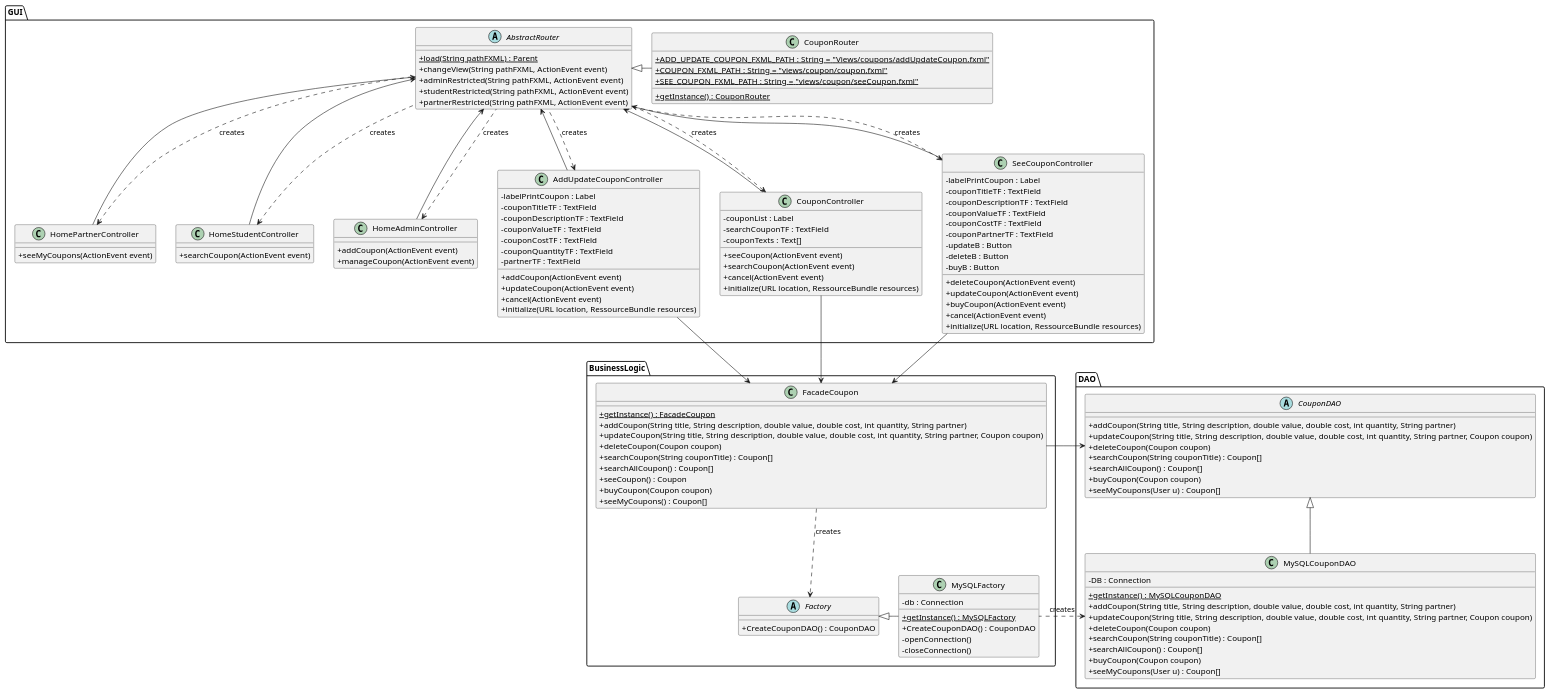
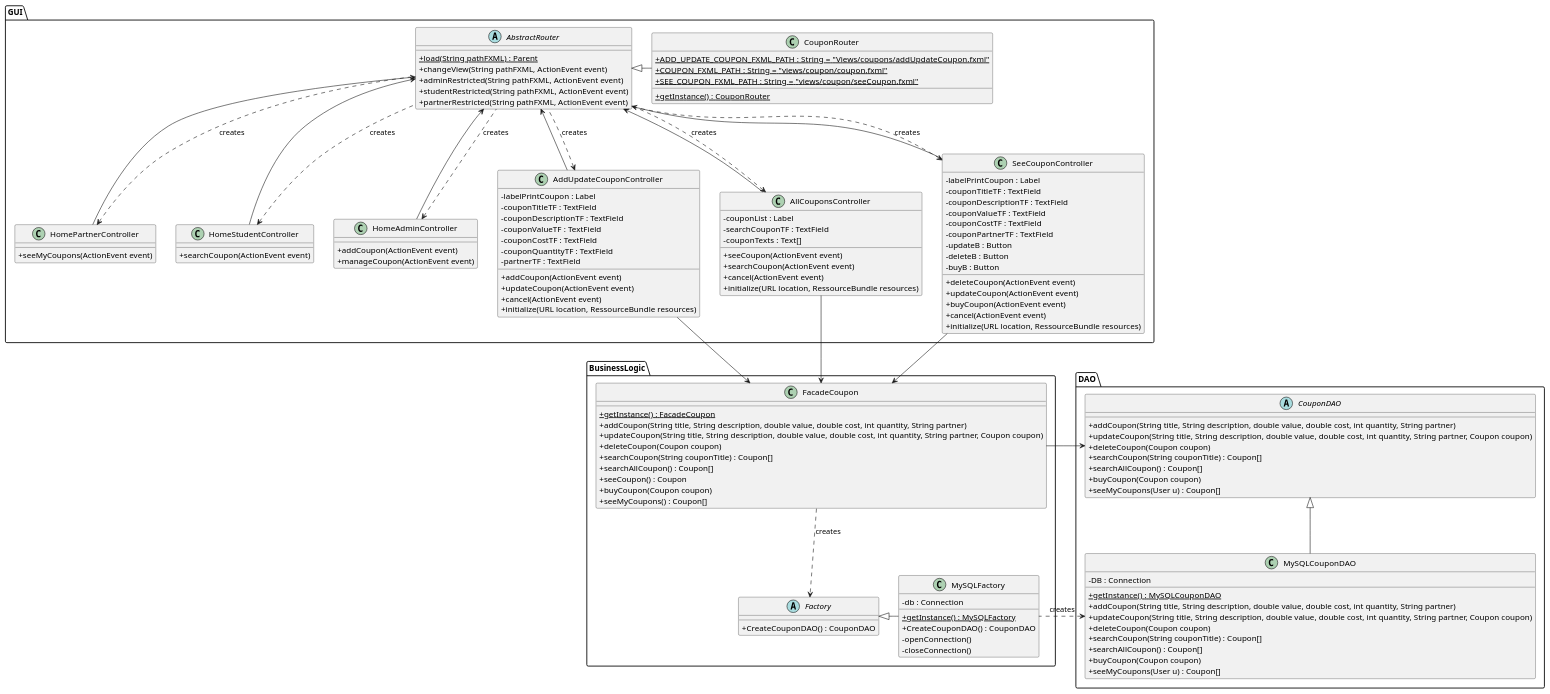
One commit to guiguie34/StudEasy changed the diagram in project_diagrams/classDiagrams/couponManagement.puml. Above: the diagram before and after it, drawn with PlantUML.

```diff
--- a/project_diagrams/classDiagrams/couponManagement.puml
+++ b/project_diagrams/classDiagrams/couponManagement.puml
@@ -1,165 +1,165 @@
 @startuml
 skinparam classAttributeIconSize 0
 
 package GUI{
     abstract class AbstractRouter{
         + {static} load(String pathFXML) : Parent
         + changeView(String pathFXML, ActionEvent event)
         + adminRestricted(String pathFXML, ActionEvent event)
         + studentRestricted(String pathFXML, ActionEvent event)
         + partnerRestricted(String pathFXML, ActionEvent event)
 
     }
 
     class CouponRouter{
         + {static} ADD_UPDATE_COUPON_FXML_PATH : String = "Views/coupons/addUpdateCoupon.fxml"
         + {static} COUPON_FXML_PATH : String = "views/coupon/coupon.fxml"
         + {static} SEE_COUPON_FXML_PATH : String = "views/coupon/seeCoupon.fxml"
         + {static} getInstance() : CouponRouter
     }
 
     class HomePartnerController{
         + seeMyCoupons(ActionEvent event)
     }
 
     class HomeStudentController{
         + searchCoupon(ActionEvent event)
     }
 
     class HomeAdminController{
         + addCoupon(ActionEvent event)
         + manageCoupon(ActionEvent event)
 
     }
 
     class AddUpdateCouponController{
          - labelPrintCoupon : Label
          - couponTitleTF : TextField
          - couponDescriptionTF : TextField
          - couponValueTF : TextField
          - couponCostTF : TextField
          - couponQuantityTF : TextField
          - partnerTF : TextField
          + addCoupon(ActionEvent event)
          + updateCoupon(ActionEvent event)
          + cancel(ActionEvent event)
          + initialize(URL location, RessourceBundle resources)
     }
 
-    class CouponController{
+    class AllCouponsController{
 
          - couponList : Label
          - searchCouponTF : TextField
          - couponTexts : Text[]
          + seeCoupon(ActionEvent event)
          + searchCoupon(ActionEvent event)
          + cancel(ActionEvent event)
          + initialize(URL location, RessourceBundle resources)
 
     }
 
     class SeeCouponController{
         - labelPrintCoupon : Label
         - couponTitleTF : TextField
         - couponDescriptionTF : TextField
         - couponValueTF : TextField
         - couponCostTF : TextField
         - couponPartnerTF : TextField
         - updateB : Button
         - deleteB : Button
         - buyB : Button
         + deleteCoupon(ActionEvent event)
         + updateCoupon(ActionEvent event)
         + buyCoupon(ActionEvent event)
         + cancel(ActionEvent event)
         + initialize(URL location, RessourceBundle resources)
     }
 
         AbstractRouter <|-right- CouponRouter
 
         AbstractRouter <-- HomePartnerController
         AbstractRouter <-- HomeStudentController
         AbstractRouter <-- HomeAdminController
         AbstractRouter <-- AddUpdateCouponController
-        AbstractRouter <-- CouponController
+        AbstractRouter <-- AllCouponsController
         AbstractRouter <-- SeeCouponController
 
         HomePartnerController <.. AbstractRouter : creates
         HomeStudentController <.. AbstractRouter : creates
         HomeAdminController <.. AbstractRouter : creates
         AddUpdateCouponController <.. AbstractRouter : creates
         SeeCouponController <.. AbstractRouter : creates
-        CouponController <.. AbstractRouter : creates
+        AllCouponsController <.. AbstractRouter : creates
 }
 
 package BusinessLogic{
 
     class FacadeCoupon{
         + {static} getInstance() : FacadeCoupon
         + addCoupon(String title, String description, double value, double cost, int quantity, String partner)
         + updateCoupon(String title, String description, double value, double cost, int quantity, String partner, Coupon coupon)
         + deleteCoupon(Coupon coupon)
         + searchCoupon(String couponTitle) : Coupon[]
         + searchAllCoupon() : Coupon[]
         + seeCoupon() : Coupon
         + buyCoupon(Coupon coupon)
         + seeMyCoupons() : Coupon[]
 
     }
 
     abstract class Factory{
 
         + CreateCouponDAO() : CouponDAO
     }
 
     class MySQLFactory{
         - db : Connection
         + {static} getInstance() : MySQLFactory
         + CreateCouponDAO() : CouponDAO
         - openConnection()
         - closeConnection()
     }
 
 
     AddUpdateCouponController --> FacadeCoupon
-    CouponController --> FacadeCoupon
+    AllCouponsController --> FacadeCoupon
     SeeCouponController --> FacadeCoupon
 
     FacadeCoupon ..> Factory  : creates
     MySQLFactory -left-|> Factory
 }
 
 package DAO{
 
     abstract class CouponDAO{
         + addCoupon(String title, String description, double value, double cost, int quantity, String partner)
         + updateCoupon(String title, String description, double value, double cost, int quantity, String partner, Coupon coupon)
         + deleteCoupon(Coupon coupon)
         + searchCoupon(String couponTitle) : Coupon[]
         + searchAllCoupon() : Coupon[]
         + buyCoupon(Coupon coupon)
         + seeMyCoupons(User u) : Coupon[]
 
     }
 
     class MySQLCouponDAO{
 
         - DB : Connection
         + {static} getInstance() : MySQLCouponDAO
         + addCoupon(String title, String description, double value, double cost, int quantity, String partner)
         + updateCoupon(String title, String description, double value, double cost, int quantity, String partner, Coupon coupon)
         + deleteCoupon(Coupon coupon)
         + searchCoupon(String couponTitle) : Coupon[]
         + searchAllCoupon() : Coupon[]
         + buyCoupon(Coupon coupon)
         + seeMyCoupons(User u) : Coupon[]
 
     }
 
     MySQLCouponDAO -up-|> CouponDAO
     CouponDAO <-right- FacadeCoupon
 
     MySQLCouponDAO <.right. MySQLFactory : creates
 }
 
 @enduml
```
